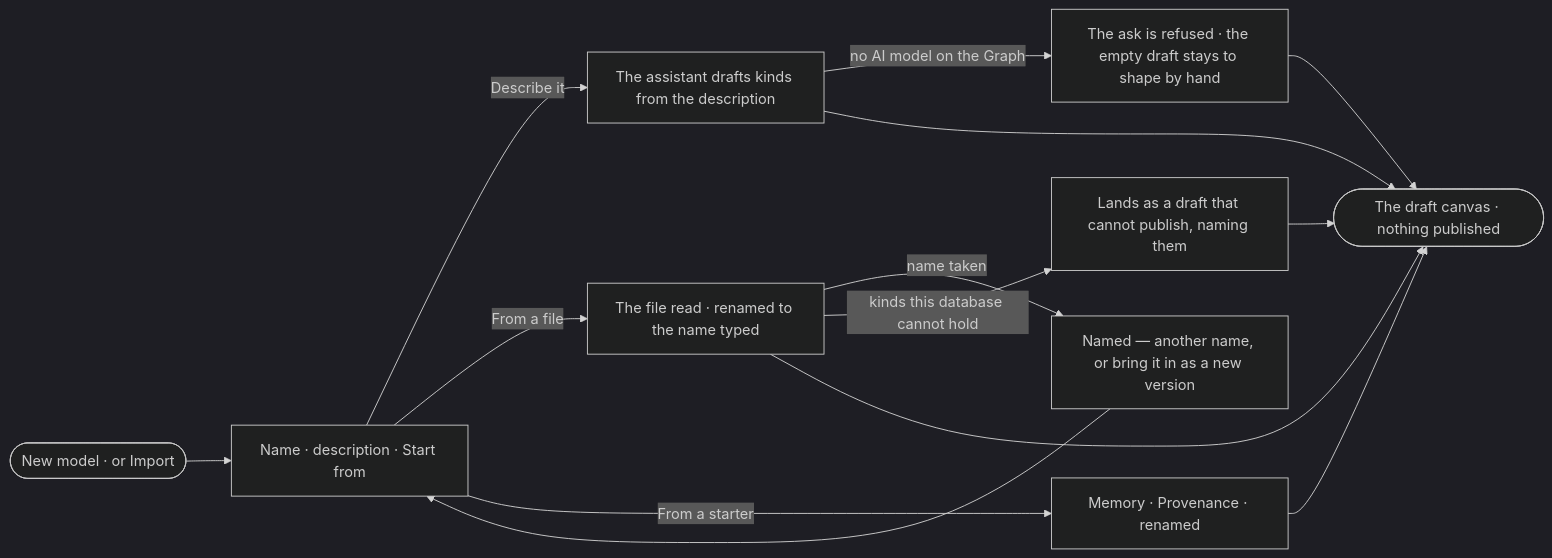
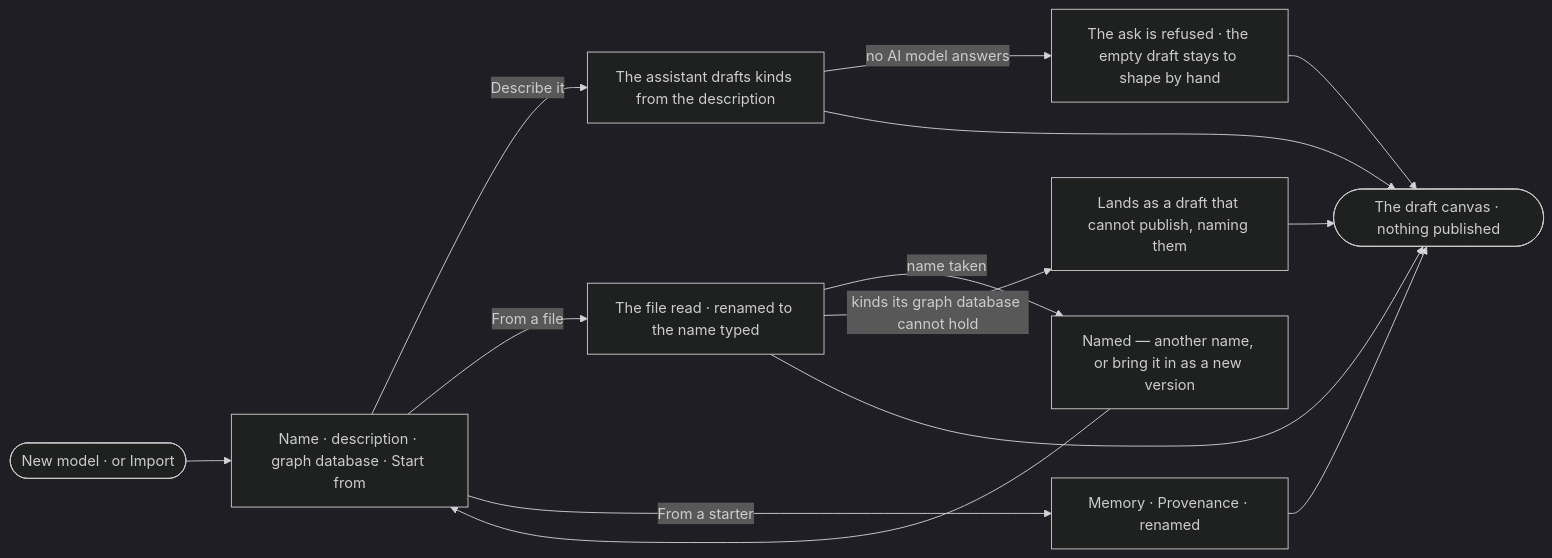
The diagram in specs/capabilities/semantics/features/SE-F01-start-a-model/stories/SE-06-start-a-model-from-a-description-a-file-or-a-starter/story.md (invana/invana), drawn with Mermaid (dark theme) before and after one commit. The commit also changed other lines of this file and 522 other files, not shown here.

````diff
--- a/specs/capabilities/semantics/features/SE-F01-start-a-model/stories/SE-06-start-a-model-from-a-description-a-file-or-a-starter/story.md
+++ b/specs/capabilities/semantics/features/SE-F01-start-a-model/stories/SE-06-start-a-model-from-a-description-a-file-or-a-starter/story.md
@@ -26,15 +26,15 @@
 ```mermaid
 flowchart LR
-  a([New model · or Import]) --> n["Name · description · Start from"]
+  a([New model · or Import]) --> n["Name · description · graph database · Start from"]
   n -->|Describe it| ds["The assistant drafts kinds from the description"]
   n -->|From a file| f["The file read · renamed to the name typed"]
   n -->|From a starter| st["Memory · Provenance · renamed"]
   f -->|name taken| nt["Named — another name, or bring it in as a new version"] --> n
-  f -->|kinds this database cannot hold| np["Lands as a draft that cannot publish, naming them"]
-  ds -->|no AI model on the Graph| hand["The ask is refused · the empty draft stays to shape by hand"]
+  f -->|kinds its graph database cannot hold| np["Lands as a draft that cannot publish, naming them"]
+  ds -->|no AI model answers| hand["The ask is refused · the empty draft stays to shape by hand"]
   ds --> d(["The draft canvas · nothing published"])
   f --> d
   st --> d
   np --> d
   hand --> d
 ```
````
